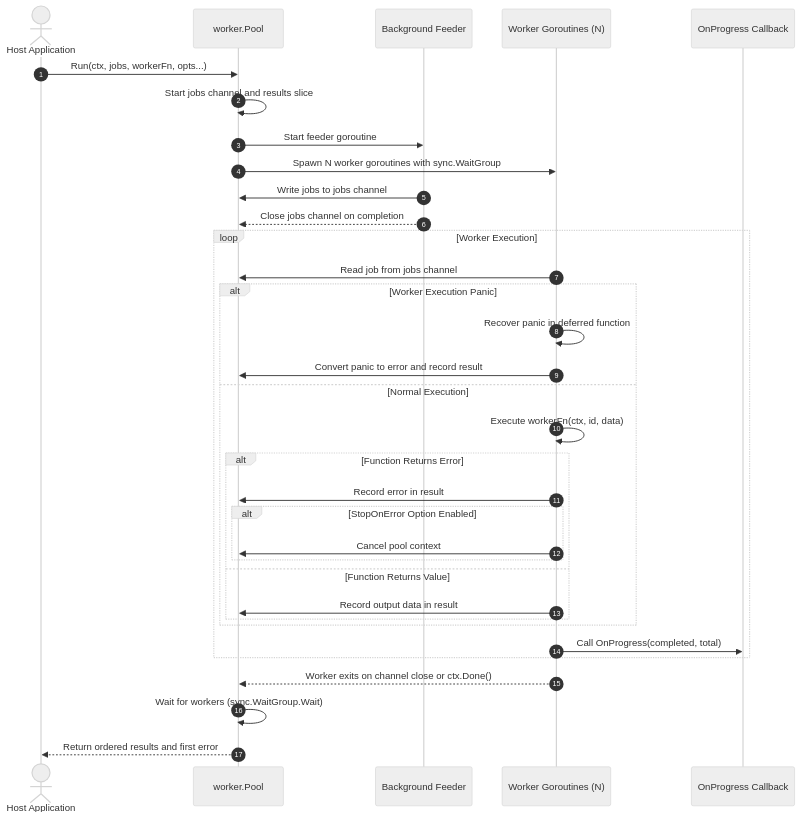
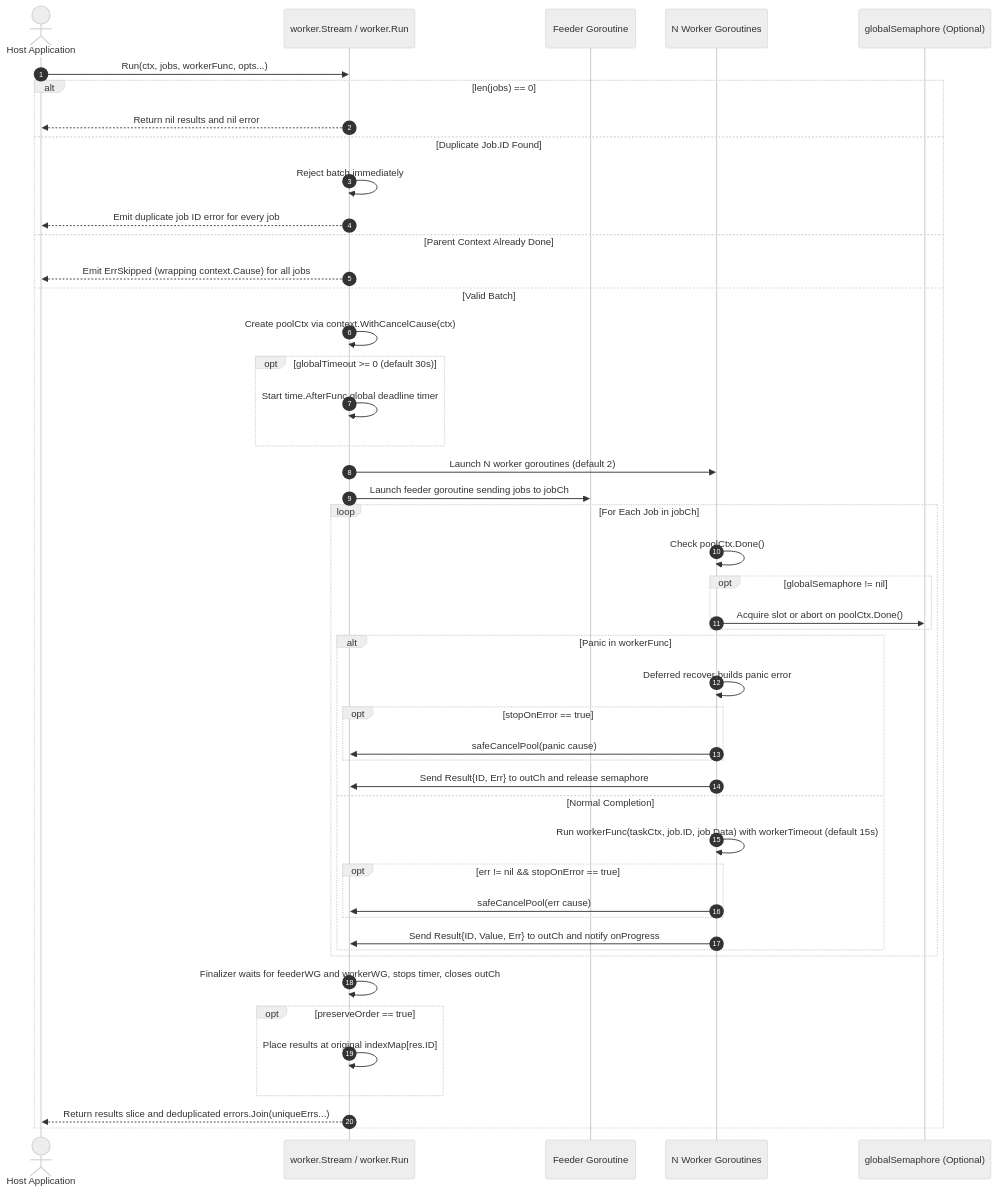
One commit to Jkenyut/nvx-go-helper changed the fourth of 10 diagrams in README.md. Above: the diagram before and after it, drawn with Mermaid (neutral theme). The commit also changed other lines of this file, not shown here.

Commit message:
docs: update technical documentation and package architecture in README

````diff
--- a/README.md
+++ b/README.md
@@ -104,40 +233,52 @@
 ```mermaid
 sequenceDiagram
     autonumber
     actor Caller as Host Application
-    participant Pool as worker.Pool
-    participant Feeder as Background Feeder
-    participant Worker as Worker Goroutines (N)
-    participant Progress as OnProgress Callback
+    participant Pool as worker.Stream / worker.Run
+    participant Feeder as Feeder Goroutine
+    participant Worker as N Worker Goroutines
+    participant Sem as globalSemaphore (Optional)
 
-    Caller->>Pool: Run(ctx, jobs, workerFn, opts...)
-    Pool->>Pool: Start jobs channel and results slice
-    Pool->>Feeder: Start feeder goroutine
-    Pool->>Worker: Spawn N worker goroutines with sync.WaitGroup
+    Caller->>Pool: Run(ctx, jobs, workerFunc, opts...)
+    alt len(jobs) == 0
+        Pool-->>Caller: Return nil results and nil error
+    else Duplicate Job.ID Found
+        Pool->>Pool: Reject batch immediately
+        Pool-->>Caller: Emit duplicate job ID error for every job
+    else Parent Context Already Done
+        Pool-->>Caller: Emit ErrSkipped (wrapping context.Cause) for all jobs
+    else Valid Batch
+        Pool->>Pool: Create poolCtx via context.WithCancelCause(ctx)
+        opt globalTimeout >= 0 (default 30s)
+            Pool->>Pool: Start time.AfterFunc global deadline timer
+        end
+        Pool->>Worker: Launch N worker goroutines (default 2)
+        Pool->>Feeder: Launch feeder goroutine sending jobs to jobCh
 
-    Feeder->>Pool: Write jobs to jobs channel
-    Feeder-->>Pool: Close jobs channel on completion
-
-    loop Worker Execution
-        Worker->>Pool: Read job from jobs channel
-        alt Worker Execution Panic
-            Worker->>Worker: Recover panic in deferred function
-            Worker->>Pool: Convert panic to error and record result
-        else Normal Execution
-            Worker->>Worker: Execute workerFn(ctx, id, data)
-            alt Function Returns Error
-                Worker->>Pool: Record error in result
-                alt StopOnError Option Enabled
-                    Worker->>Pool: Cancel pool context
+        loop For Each Job in jobCh
+            Worker->>Worker: Check poolCtx.Done()
+            opt globalSemaphore != nil
+                Worker->>Sem: Acquire slot or abort on poolCtx.Done()
+            end
+            alt Panic in workerFunc
+                Worker->>Worker: Deferred recover builds panic error
+                opt stopOnError == true
+                    Worker->>Pool: safeCancelPool(panic cause)
                 end
-            else Function Returns Value
-                Worker->>Pool: Record output data in result
+                Worker->>Pool: Send Result{ID, Err} to outCh and release semaphore
+            else Normal Completion
+                Worker->>Worker: Run workerFunc(taskCtx, job.ID, job.Data) with workerTimeout (default 15s)
+                opt err != nil && stopOnError == true
+                    Worker->>Pool: safeCancelPool(err cause)
+                end
+                Worker->>Pool: Send Result{ID, Value, Err} to outCh and notify onProgress
             end
         end
-        Worker->>Progress: Call OnProgress(completed, total)
+
+        Pool->>Pool: Finalizer waits for feederWG and workerWG, stops timer, closes outCh
+        opt preserveOrder == true
+            Pool->>Pool: Place results at original indexMap[res.ID]
+        end
+        Pool-->>Caller: Return results slice and deduplicated errors.Join(uniqueErrs...)
     end
-
-    Worker-->>Pool: Worker exits on channel close or ctx.Done()
-    Pool->>Pool: Wait for workers (sync.WaitGroup.Wait)
-    Pool-->>Caller: Return ordered results and first error
 ```
````
